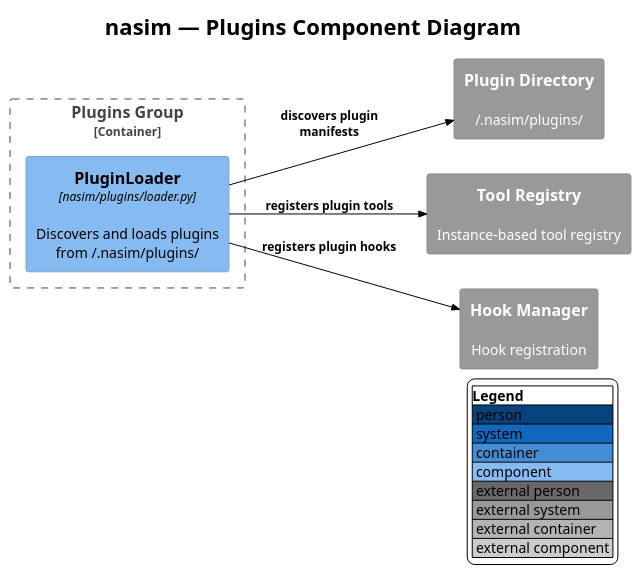
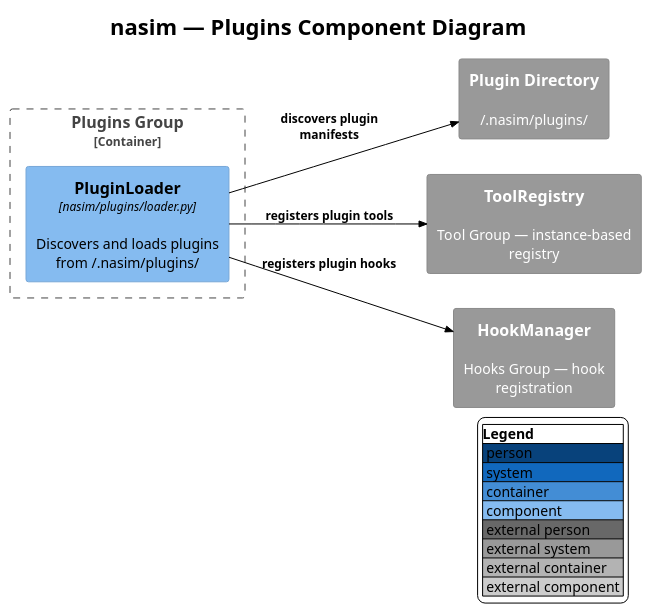
The diagram in docs/C4/c4_nasim_component_plugins.puml (salimnamvar/nasim), drawn with PlantUML before and after one commit. The commit also changed 38 other files, not shown here.

First line of the commit message:
docs: Refactor architectural documentation and tooling for 2026 standards compliance

```diff
--- a/docs/C4/c4_nasim_component_plugins.puml
+++ b/docs/C4/c4_nasim_component_plugins.puml
@@ -1,32 +1,32 @@
 @startuml c4_nasim_component_plugins
 !include https://raw.githubusercontent.com/plantuml-stdlib/C4-PlantUML/v2.10.0/C4_Component.puml
 !theme plain
 LAYOUT_LEFT_RIGHT()
 LAYOUT_WITH_LEGEND()
 
 
 ' ============================================================
 ' Title:     nasim — Plugins Component Diagram
 ' Boundary:  nasim core library — Plugins group
 ' Purpose:   Plugin discovery, loading, dynamic tool/hook registration
 ' Milestone: v1.0
 ' Version:   6.0.0
 ' Source:    docs/prompt/p1.md — corrective architecture review
 ' Review:    docs/audit/audit.2026.06.20.comprehensive.reference.audit.md
 ' ============================================================
 
 title nasim — Plugins Component Diagram
 
 Container_Boundary(plugins_boundary, "Plugins Group") {
     Component(plugin_loader, "PluginLoader", "nasim/plugins/loader.py", "Discovers and loads plugins from ~/.nasim/plugins/")
 }
 
 System_Ext(plugin_dir, "Plugin Directory", "~/.nasim/plugins/")
-System_Ext(tool_registry, "Tool Registry", "Instance-based tool registry")
-System_Ext(hook_manager, "Hook Manager", "Hook registration")
+System_Ext(tool_registry, "ToolRegistry", "Tool Group — instance-based registry")
+System_Ext(hook_manager, "HookManager", "Hooks Group — hook registration")
 
 Rel(plugin_loader, plugin_dir, "discovers plugin manifests")
 Rel(plugin_loader, tool_registry, "registers plugin tools")
 Rel(plugin_loader, hook_manager, "registers plugin hooks")
 
 @enduml
```
